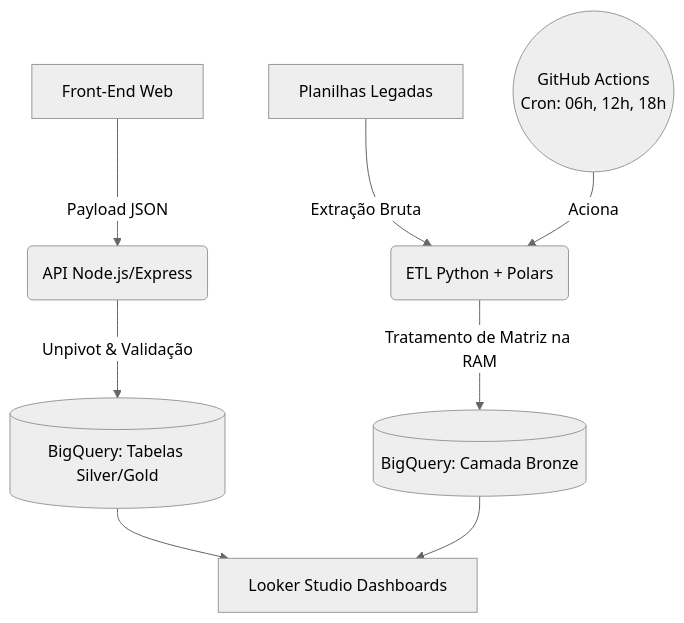
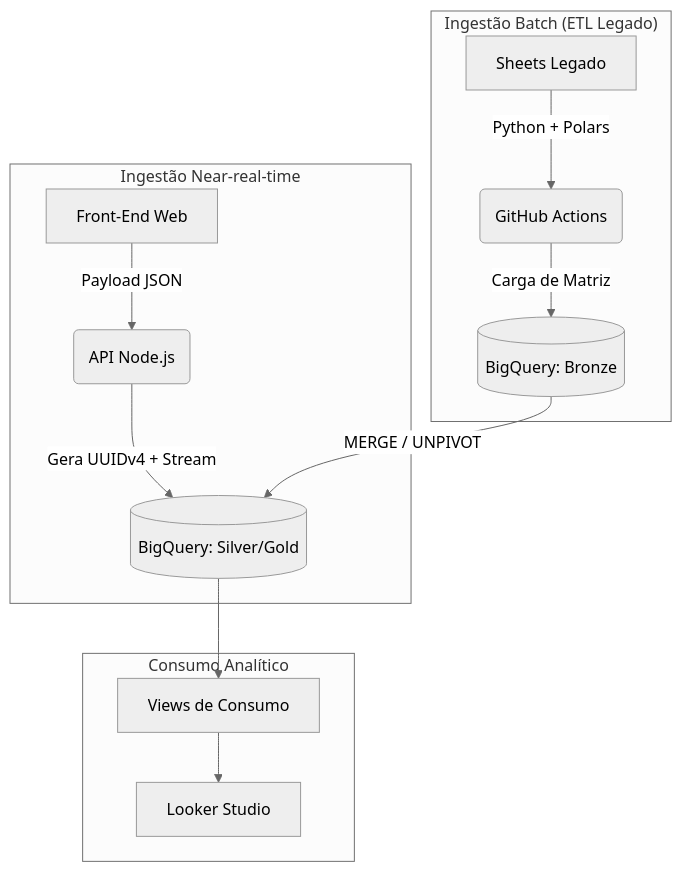
The diagram in README.md (qualidadehsr-rgb/auditoria-de-prontuarios), drawn with Mermaid (neutral theme) before and after one commit. The commit also changed other lines of this file and 4 other files, not shown here.

Commit message:
docs: atualiza documentacao tecnica, adr0005 e roadmap

````diff
--- a/README.md
+++ b/README.md
@@ -16,15 +16,18 @@
 ```mermaid
 graph TD
-    %% Transacional / Real-time
-    A[Front-End Web] -->|Payload JSON| B(API Node.js/Express)
-    B -->|Unpivot & Validação| C[(BigQuery: Tabelas Silver/Gold)]
-    
-    %% Engenharia de Dados / Batch
-    D[Planilhas Legadas] -->|Extração Bruta| E(ETL Python + Polars)
-    E -->|Tratamento de Matriz na RAM| F[(BigQuery: Camada Bronze)]
-    
-    %% Orquestração e BI
-    G((GitHub Actions\nCron: 06h, 12h, 18h)) -->|Aciona| E
-    C --> H[Looker Studio Dashboards]
-    F --> H
+    subgraph "Ingestão Near-real-time"
+        A[Front-End Web] -->|Payload JSON| B(API Node.js)
+        B -->|Gera UUIDv4 + Stream| C[(BigQuery: Silver/Gold)]
+    end
+
+    subgraph "Ingestão Batch (ETL Legado)"
+        D[Sheets Legado] -->|Python + Polars| E(GitHub Actions)
+        E -->|Carga de Matriz| F[(BigQuery: Bronze)]
+        F -->|MERGE / UNPIVOT| C
+    end
+
+    subgraph "Consumo Analítico"
+        C --> G[Views de Consumo]
+        G --> H[Looker Studio]
+    end
 ```
````
